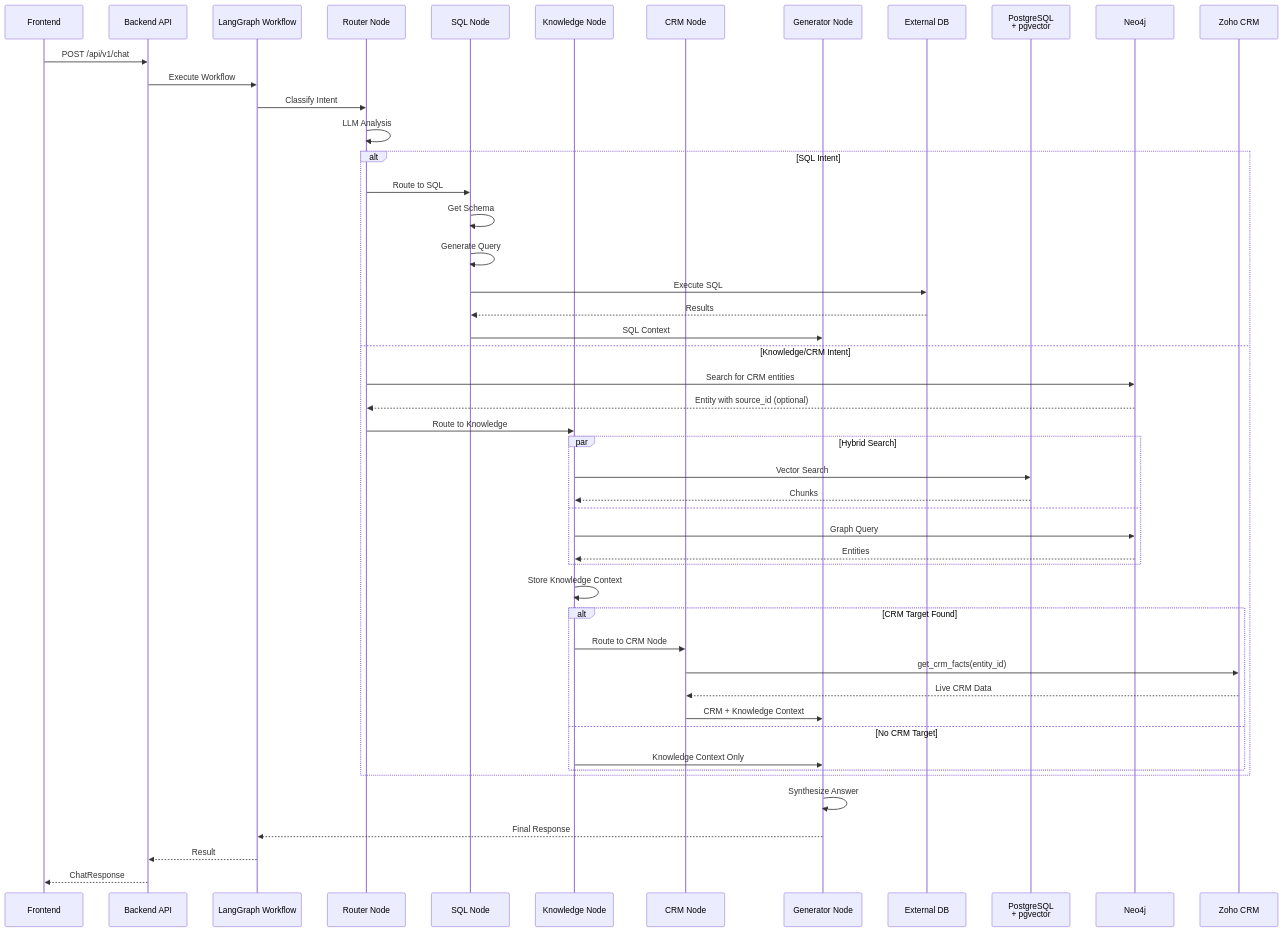
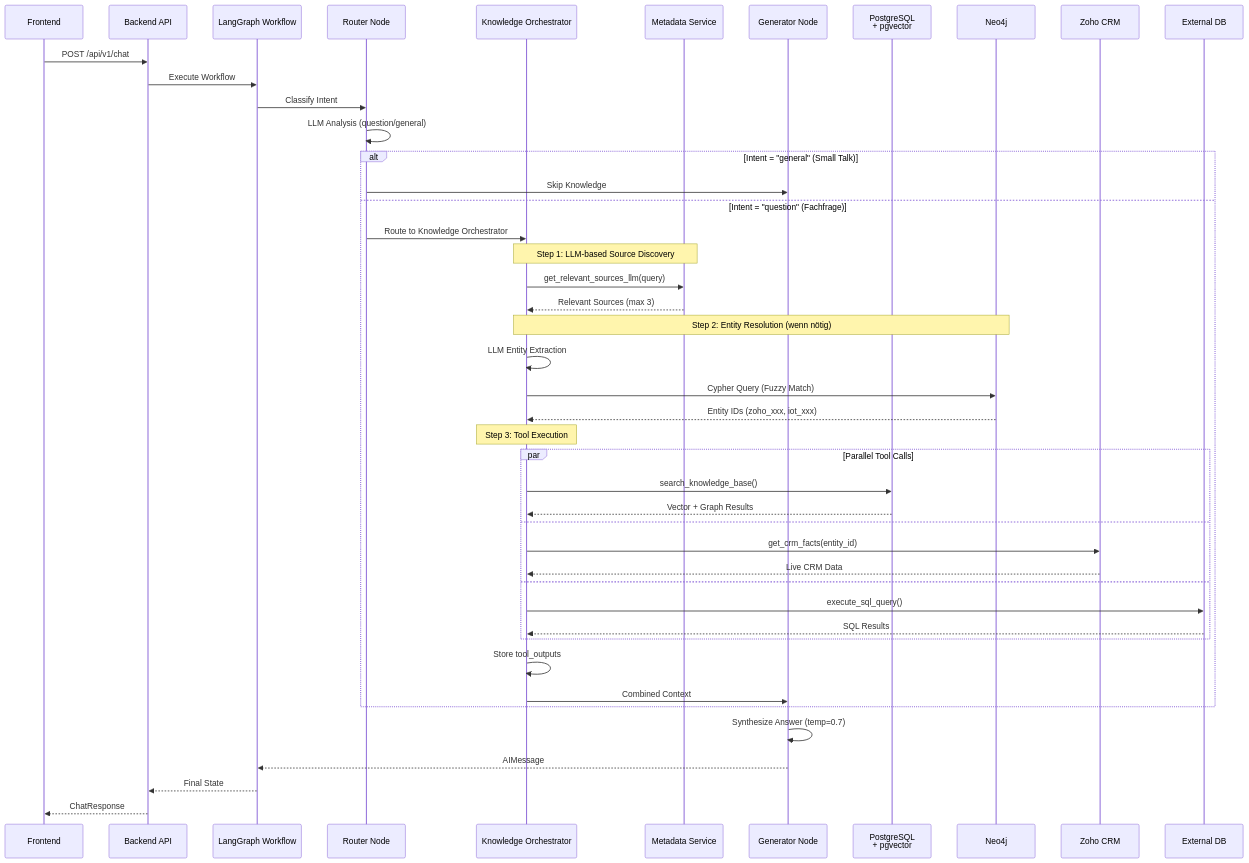
The fourth of 9 diagrams in docs/ARCHITECTURE.md (expoya/adizon-knowledge-core), drawn with Mermaid before and after one commit. The commit also changed other lines of this file and 3 other files, not shown here.

````diff
--- a/docs/ARCHITECTURE.md
+++ b/docs/ARCHITECTURE.md
@@ -168,56 +169,55 @@
 ```mermaid
 sequenceDiagram
     participant FE as Frontend
     participant BE as Backend API
     participant WF as LangGraph Workflow
     participant ROUTER as Router Node
-    participant SQL as SQL Node
-    participant KB as Knowledge Node
-    participant CRM as CRM Node
+    participant KB as Knowledge Orchestrator
+    participant META as Metadata Service
     participant GEN as Generator Node
-    participant EXDB as External DB
     participant PG as PostgreSQL<br/>+ pgvector
     participant NEO as Neo4j
     participant ZOHO as Zoho CRM
+    participant EXDB as External DB
 
     FE->>BE: POST /api/v1/chat
     BE->>WF: Execute Workflow
-    
+
     WF->>ROUTER: Classify Intent
-    ROUTER->>ROUTER: LLM Analysis
-    
-    alt SQL Intent
-        ROUTER->>SQL: Route to SQL
-        SQL->>SQL: Get Schema
-        SQL->>SQL: Generate Query
-        SQL->>EXDB: Execute SQL
-        EXDB-->>SQL: Results
-        SQL->>GEN: SQL Context
-    else Knowledge/CRM Intent
-        ROUTER->>NEO: Search for CRM entities
-        NEO-->>ROUTER: Entity with source_id (optional)
-        ROUTER->>KB: Route to Knowledge
-        par Hybrid Search
-            KB->>PG: Vector Search
-            PG-->>KB: Chunks
+    ROUTER->>ROUTER: LLM Analysis (question/general)
+
+    alt Intent = "general" (Small Talk)
+        ROUTER->>GEN: Skip Knowledge
+    else Intent = "question" (Fachfrage)
+        ROUTER->>KB: Route to Knowledge Orchestrator
+
+        Note over KB,META: Step 1: LLM-based Source Discovery
+        KB->>META: get_relevant_sources_llm(query)
+        META-->>KB: Relevant Sources (max 3)
+
+        Note over KB,NEO: Step 2: Entity Resolution (wenn nötig)
+        KB->>KB: LLM Entity Extraction
+        KB->>NEO: Cypher Query (Fuzzy Match)
+        NEO-->>KB: Entity IDs (zoho_xxx, iot_xxx)
+
+        Note over KB: Step 3: Tool Execution
+        par Parallel Tool Calls
+            KB->>PG: search_knowledge_base()
+            PG-->>KB: Vector + Graph Results
         and
-            KB->>NEO: Graph Query
-            NEO-->>KB: Entities
+            KB->>ZOHO: get_crm_facts(entity_id)
+            ZOHO-->>KB: Live CRM Data
+        and
+            KB->>EXDB: execute_sql_query()
+            EXDB-->>KB: SQL Results
         end
-        KB->>KB: Store Knowledge Context
-        
-        alt CRM Target Found
-            KB->>CRM: Route to CRM Node
-            CRM->>ZOHO: get_crm_facts(entity_id)
-            ZOHO-->>CRM: Live CRM Data
-            CRM->>GEN: CRM + Knowledge Context
-        else No CRM Target
-            KB->>GEN: Knowledge Context Only
-        end
+
+        KB->>KB: Store tool_outputs
+        KB->>GEN: Combined Context
     end
-    
-    GEN->>GEN: Synthesize Answer
-    GEN-->>WF: Final Response
-    WF-->>BE: Result
+
+    GEN->>GEN: Synthesize Answer (temp=0.7)
+    GEN-->>WF: AIMessage
+    WF-->>BE: Final State
     BE-->>FE: ChatResponse
 ```
````
